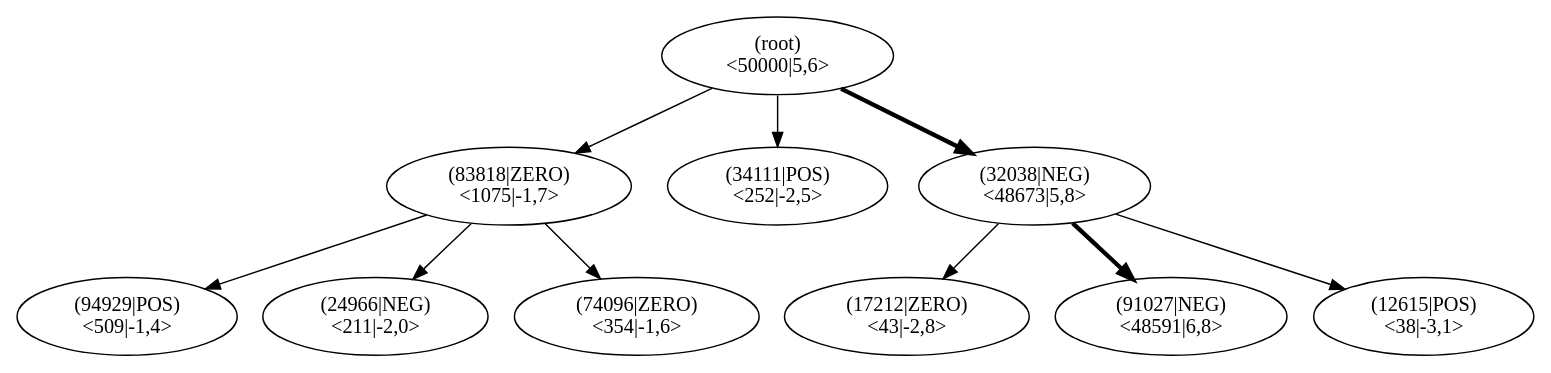
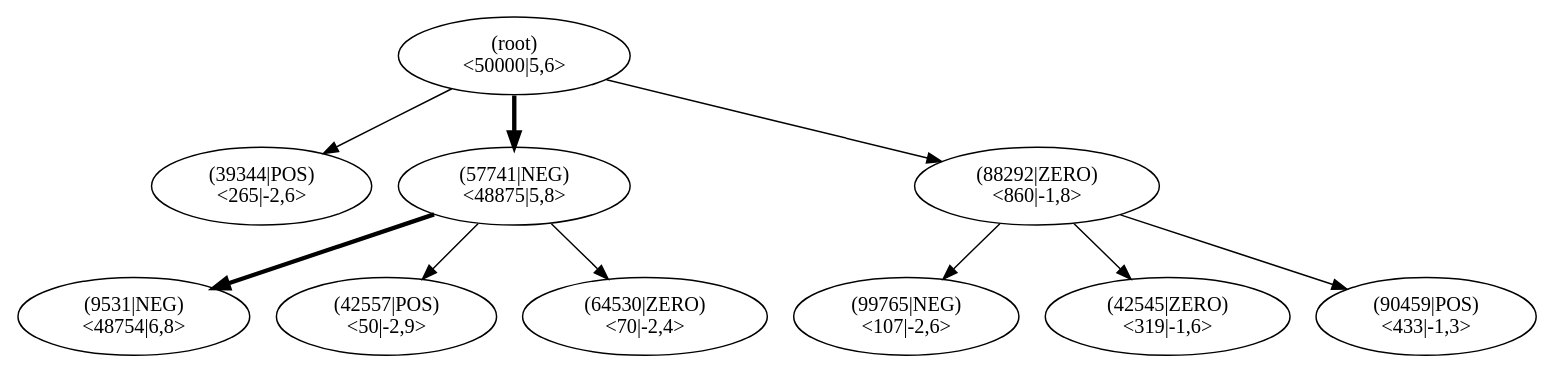
Before and after one commit to JonasHellgren/relexp-java: the diagram in pictures/ch13/lane_test_mcts.dot, drawn with Graphviz. The commit also changed 15 other files, not shown here.

```diff
--- a/pictures/ch13/lane_test_mcts.dot
+++ b/pictures/ch13/lane_test_mcts.dot
@@ -1,32 +1,32 @@
 digraph MCTS {
 node [shape=ellipse];
 Nroot [label="(root)
 <50000|5,6>"];
-Nroot -> N83818[penwidth=1];
-N83818 [label="(83818|ZERO)
-<1075|-1,7>"];
-N83818 -> N94929[penwidth=1];
-N94929 [label="(94929|POS)
-<509|-1,4>"];
-N83818 -> N24966[penwidth=1];
-N24966 [label="(24966|NEG)
-<211|-2,0>"];
-N83818 -> N74096[penwidth=1];
-N74096 [label="(74096|ZERO)
-<354|-1,6>"];
-Nroot -> N34111[penwidth=1];
-N34111 [label="(34111|POS)
-<252|-2,5>"];
-Nroot -> N32038[penwidth=3];
-N32038 [label="(32038|NEG)
-<48673|5,8>"];
-N32038 -> N17212[penwidth=1];
-N17212 [label="(17212|ZERO)
-<43|-2,8>"];
-N32038 -> N91027[penwidth=3];
-N91027 [label="(91027|NEG)
-<48591|6,8>"];
-N32038 -> N12615[penwidth=1];
-N12615 [label="(12615|POS)
-<38|-3,1>"];
+Nroot -> N39344[penwidth=1];
+N39344 [label="(39344|POS)
+<265|-2,6>"];
+Nroot -> N57741[penwidth=3];
+N57741 [label="(57741|NEG)
+<48875|5,8>"];
+N57741 -> N9531[penwidth=3];
+N9531 [label="(9531|NEG)
+<48754|6,8>"];
+N57741 -> N42557[penwidth=1];
+N42557 [label="(42557|POS)
+<50|-2,9>"];
+N57741 -> N64530[penwidth=1];
+N64530 [label="(64530|ZERO)
+<70|-2,4>"];
+Nroot -> N88292[penwidth=1];
+N88292 [label="(88292|ZERO)
+<860|-1,8>"];
+N88292 -> N99765[penwidth=1];
+N99765 [label="(99765|NEG)
+<107|-2,6>"];
+N88292 -> N42545[penwidth=1];
+N42545 [label="(42545|ZERO)
+<319|-1,6>"];
+N88292 -> N90459[penwidth=1];
+N90459 [label="(90459|POS)
+<433|-1,3>"];
 }
```
